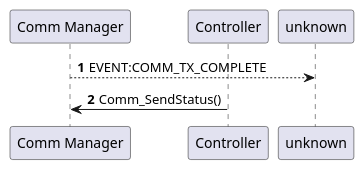
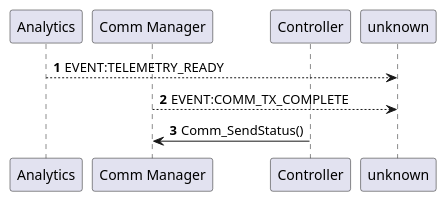
Before and after one commit to tvanfossen/doxygen-guard-example: the diagram in docs/sequences/REQ-0020.puml, drawn with PlantUML.

Commit message:
Update diagrams after test_mapping removal

```diff
--- a/docs/sequences/REQ-0020.puml
+++ b/docs/sequences/REQ-0020.puml
@@ -1,10 +1,12 @@
 @startuml REQ-0020
 autonumber
 
+participant "Analytics" as analytics
 participant "Comm Manager" as comm
 participant "Controller" as ctrl
 
+analytics --> unknown: EVENT:TELEMETRY_READY
 comm --> unknown: EVENT:COMM_TX_COMPLETE
 ctrl -> comm: Comm_SendStatus()
 
 @enduml
```
